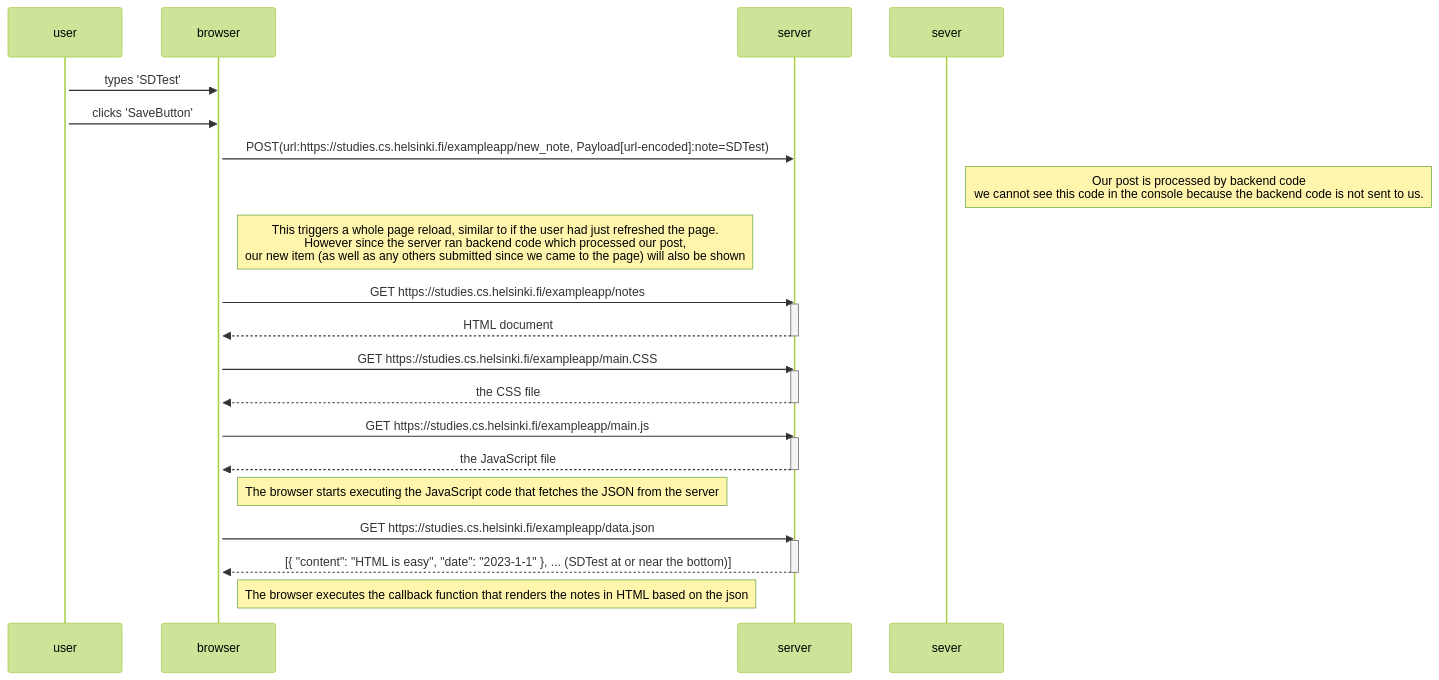
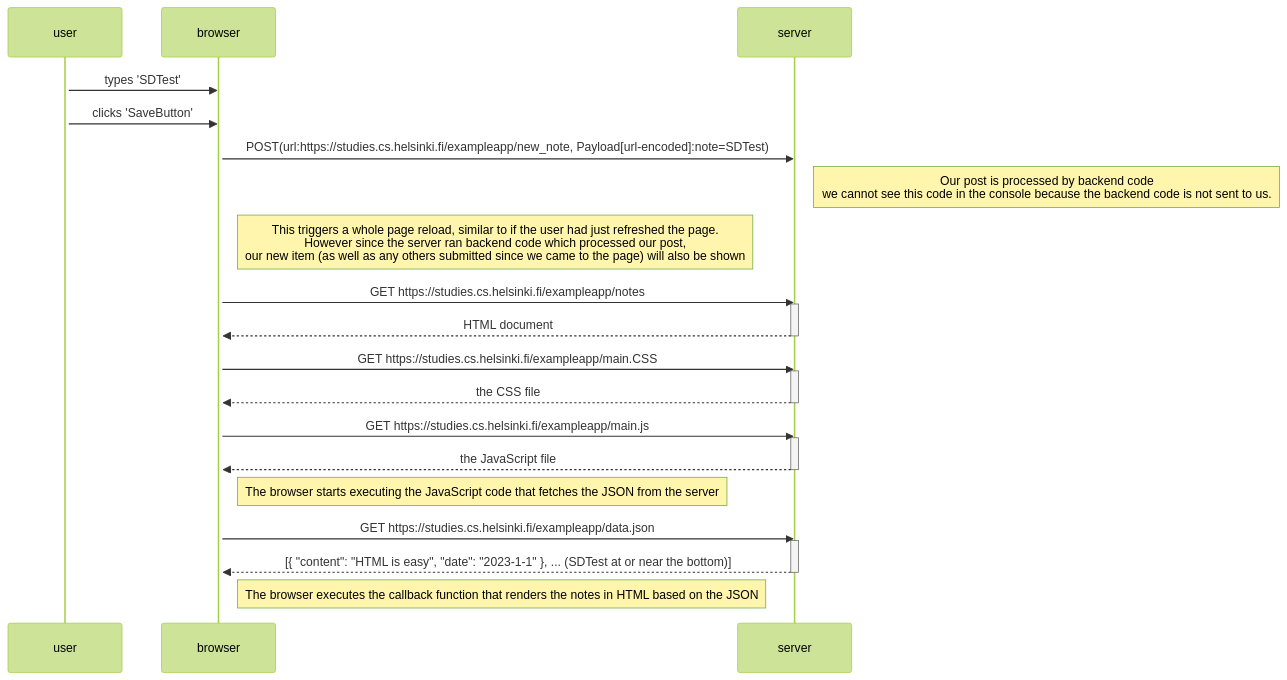
One commit to fozbstudios/FullStackOpen changed the diagram in Part0/4NewNoteDiagram.md. Above: the diagram before and after it, drawn with Mermaid (forest theme). The commit also changed 2 other files, not shown here.

Commit message:
fixed typos

````diff
--- a/Part0/4NewNoteDiagram.md
+++ b/Part0/4NewNoteDiagram.md
@@ -1,39 +1,39 @@
 ```mermaid
 sequenceDiagram
     participant user
     participant browser
     participant server
 
     activate user
     user->>browser: types 'SDTest'
     user->>browser: clicks 'SaveButton'
     activate browser
     browser->>server: POST(url:https://studies.cs.helsinki.fi/exampleapp/new_note, Payload[url-encoded]:note=SDTest)
-    Note right of sever: Our post is processed by backend code<br/> we cannot see this code in the console because the backend code is not sent to us.
+    Note right of server: Our post is processed by backend code<br/> we cannot see this code in the console because the backend code is not sent to us.
     Note right of browser: This triggers a whole page reload, similar to if the user had just refreshed the page.<br/>However since the server ran backend code which processed our post,<br/> our new item (as well as any others submitted since we came to the page) will also be shown
 
     browser->>server: GET https://studies.cs.helsinki.fi/exampleapp/notes
     activate server
     server-->>browser: HTML document
     deactivate server
 
     browser->>server: GET https://studies.cs.helsinki.fi/exampleapp/main.CSS
     activate server
     server-->>browser: the CSS file
     deactivate server
 
     browser->>server: GET https://studies.cs.helsinki.fi/exampleapp/main.js
     activate server
     server-->>browser: the JavaScript file
     deactivate server
 
     Note right of browser: The browser starts executing the JavaScript code that fetches the JSON from the server
 
     browser->>server: GET https://studies.cs.helsinki.fi/exampleapp/data.json
     activate server
     server-->>browser: [{ "content": "HTML is easy", "date": "2023-1-1" }, ... (SDTest at or near the bottom)]
     deactivate server
 
-    Note right of browser: The browser executes the callback function that renders the notes in HTML based on the json
+    Note right of browser: The browser executes the callback function that renders the notes in HTML based on the JSON
 
 ```
````
